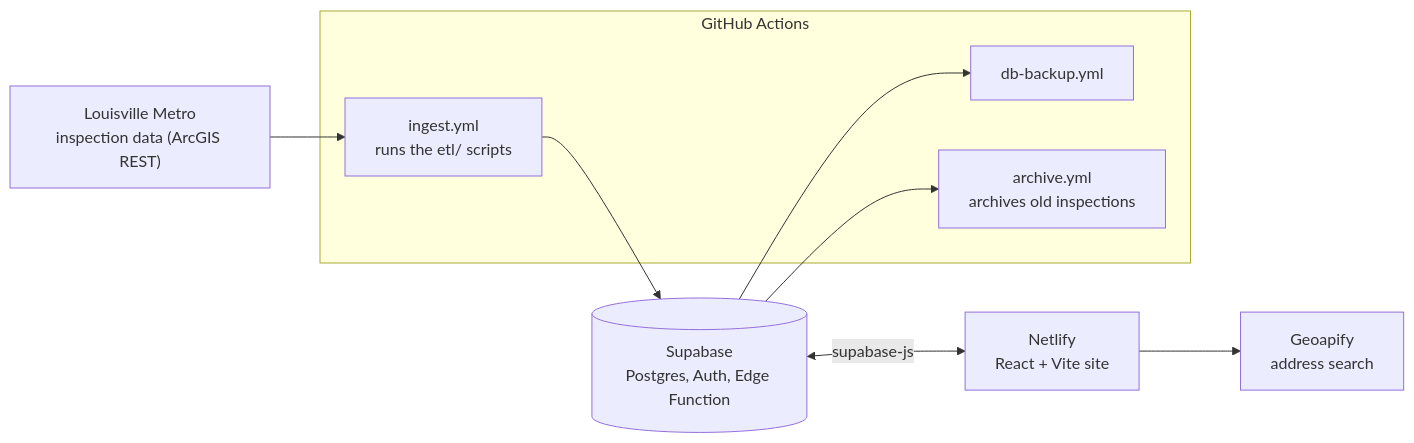
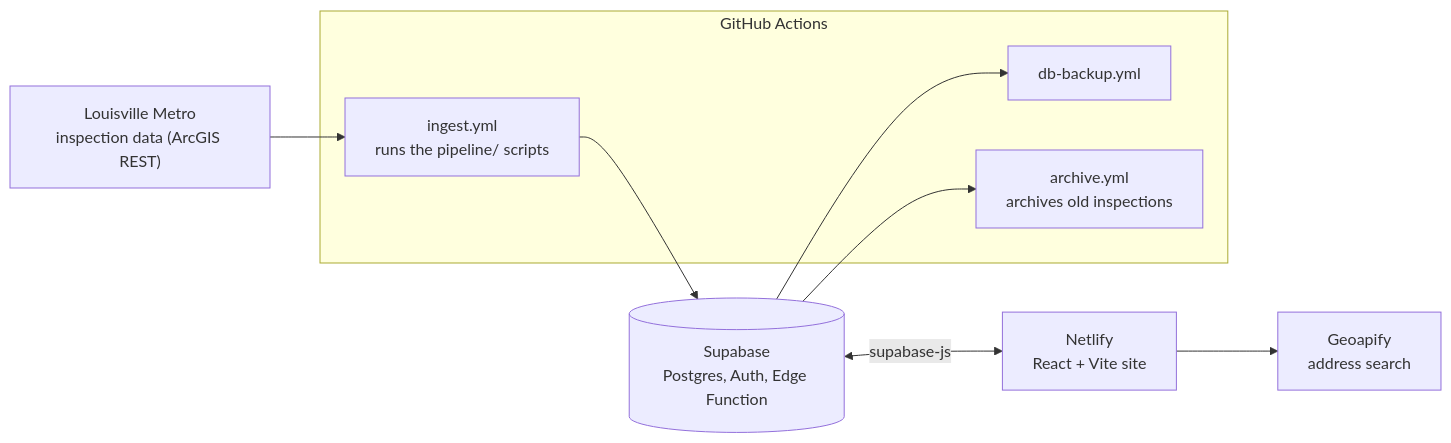
The first of 3 diagrams in docs/ARCHITECTURE.md (AndyGutterman/Louisville-Health-Inspection-Map), drawn with Mermaid before and after one commit. The commit also changed other lines of this file and 102 other files, not shown here.

First line of the commit message:
refactor: move the website to apps/web and etl/ + scripts/ to pipeline/

````diff
--- a/docs/ARCHITECTURE.md
+++ b/docs/ARCHITECTURE.md
@@ -7,20 +7,20 @@
 ```mermaid
 flowchart LR
   src["Louisville Metro<br/>inspection data (ArcGIS REST)"]
 
   subgraph actions["GitHub Actions"]
-    ingest["ingest.yml<br/>runs the etl/ scripts"]
+    ingest["ingest.yml<br/>runs the pipeline/ scripts"]
     backup["db-backup.yml"]
     archive["archive.yml<br/>archives old inspections"]
   end
 
   db[("Supabase<br/>Postgres, Auth, Edge Function")]
   site["Netlify<br/>React + Vite site"]
   geo["Geoapify<br/>address search"]
 
   src --> ingest --> db
   db --> backup
   db --> archive
   db <-->|supabase-js| site
   site --> geo
 ```
````
